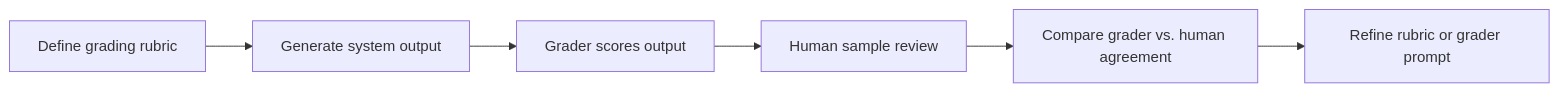
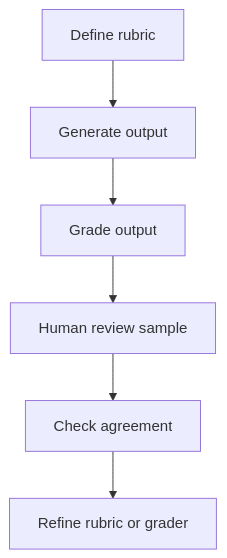
Before and after one commit to ArslanArda/ai-pm-playbook: the diagram in skills/ai-pm-playbook/references/playbook/02-evaluation-design/frameworks/grader-agent-pattern.md, drawn with Mermaid. The commit also changed 9 other files, not shown here.

Commit message:
Make workflow diagrams render more reliably on GitHub

````diff
--- a/skills/ai-pm-playbook/references/playbook/02-evaluation-design/frameworks/grader-agent-pattern.md
+++ b/skills/ai-pm-playbook/references/playbook/02-evaluation-design/frameworks/grader-agent-pattern.md
@@ -7,8 +7,8 @@
 ```mermaid
-flowchart LR
-    A["Define grading rubric"] --> B["Generate system output"]
-    B --> C["Grader scores output"]
-    C --> D["Human sample review"]
-    D --> E["Compare grader vs. human agreement"]
-    E --> F["Refine rubric or grader prompt"]
+flowchart TD
+    A["Define rubric"] --> B["Generate output"]
+    B --> C["Grade output"]
+    C --> D["Human review sample"]
+    D --> E["Check agreement"]
+    E --> F["Refine rubric or grader"]
 ```
````
